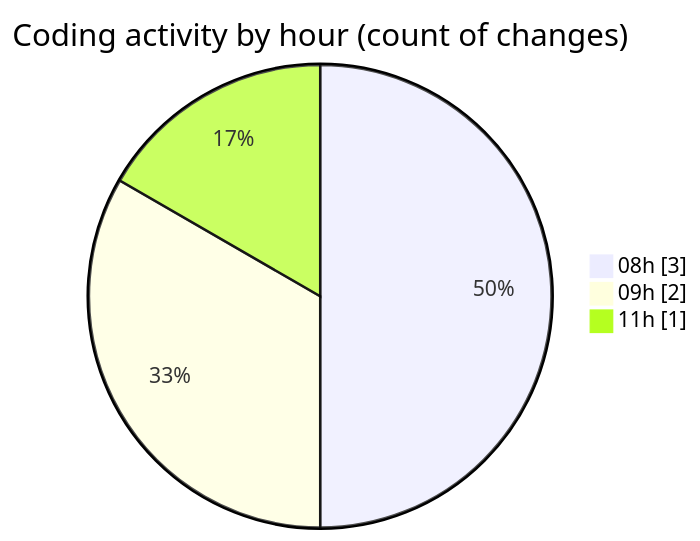
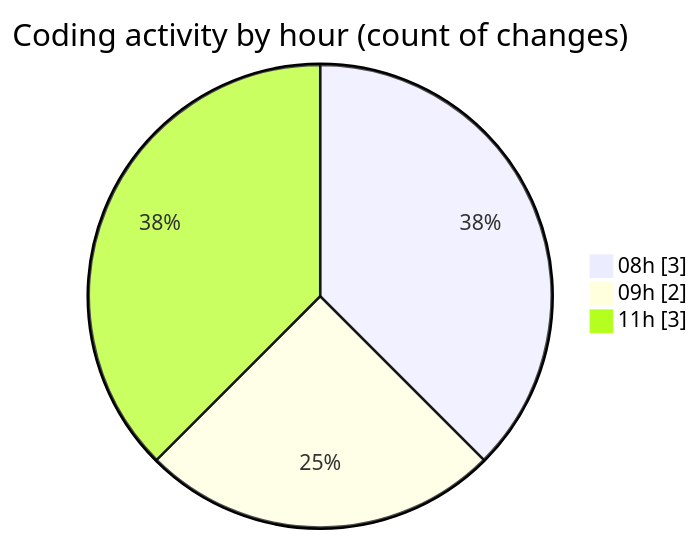
Before and after one commit to ricardozamudiocil/code-tracking: the second of 2 diagrams in 2026-06-04/cilapp/README.md, drawn with Mermaid. The commit also changed other lines of this file and 1 other file, not shown here.

````diff
--- a/2026-06-04/cilapp/README.md
+++ b/2026-06-04/cilapp/README.md
@@ -33,7 +36,7 @@
 ```mermaid
 pie showData
 title Coding activity by hour (count of changes)
 "08h" : 3
 "09h" : 2
-"11h" : 1
+"11h" : 3
 ```
````
